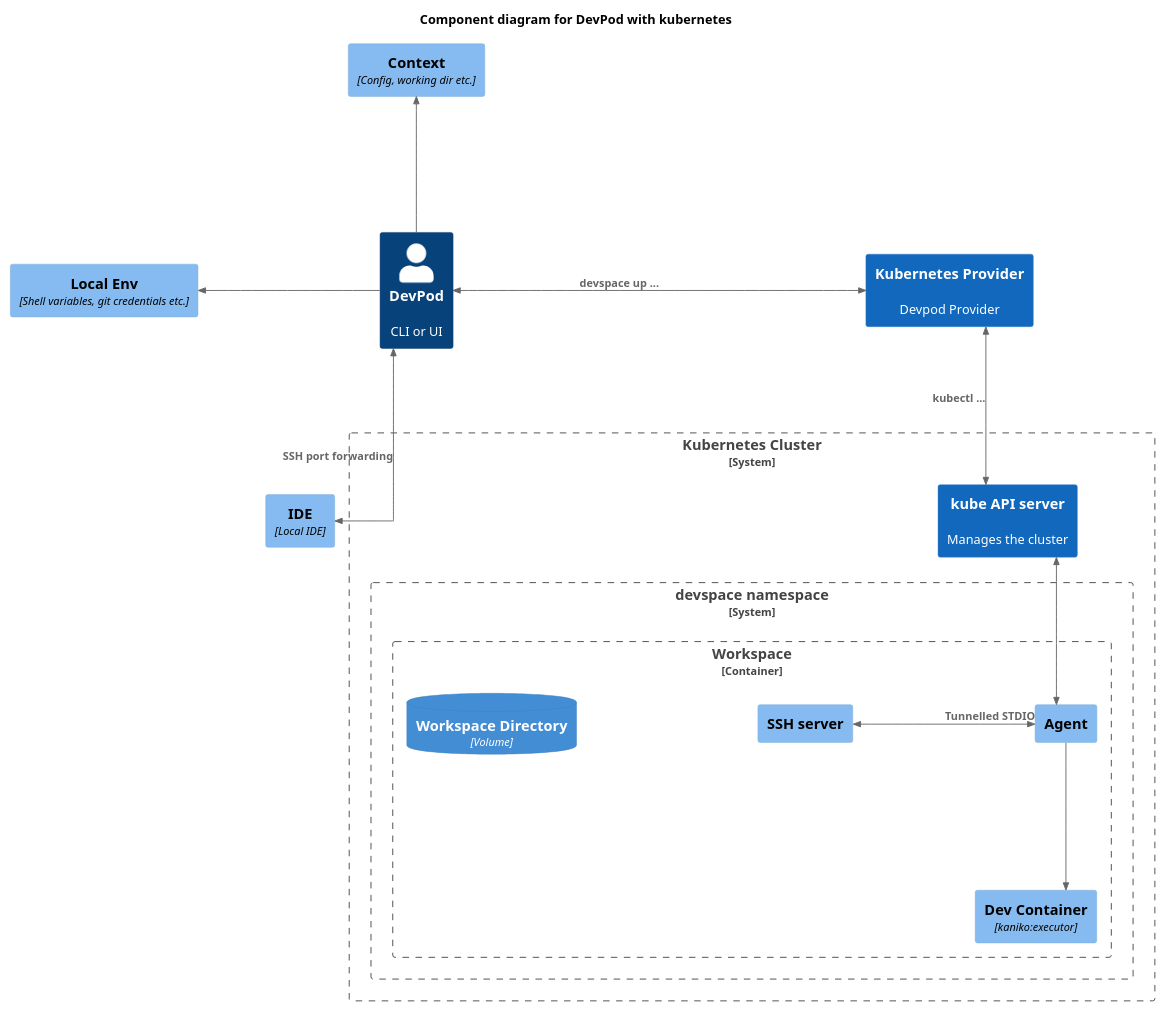
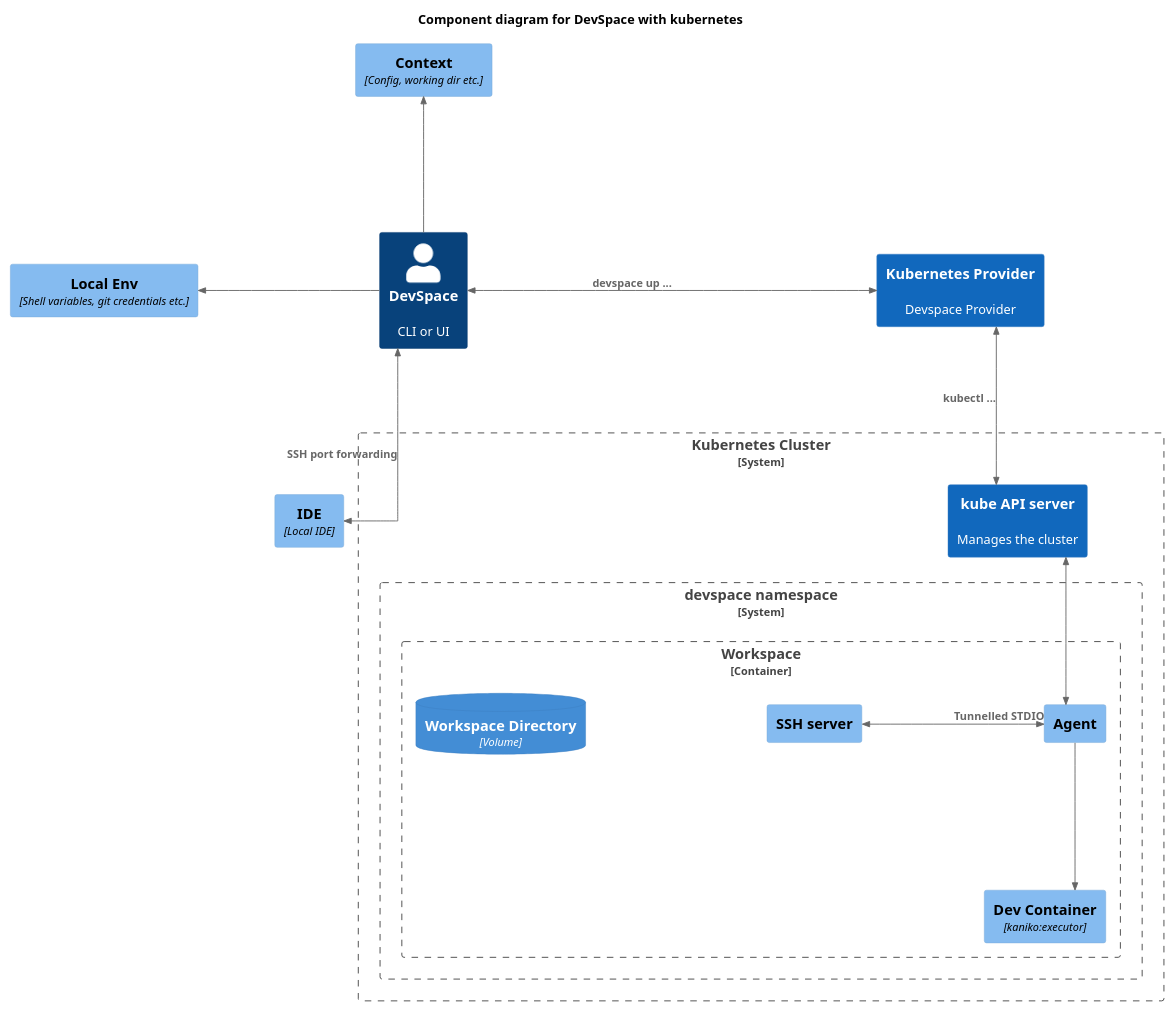
Before and after one commit to forkwork/devspace: the diagram in docs/uml/c4_k8s.puml, drawn with PlantUML. The commit also changed 528 other files, not shown here.

```diff
--- a/docs/uml/c4_k8s.puml
+++ b/docs/uml/c4_k8s.puml
@@ -1,40 +1,40 @@
 @startuml
 !include https://raw.githubusercontent.com/plantuml-stdlib/C4-PlantUML/master/C4_Component.puml
 
 skinparam linetype ortho
 skinparam nodesep 200
 skinparam ranksep 150
 scale 1920x1080
 
 HIDE_STEREOTYPE()
 LAYOUT_TOP_DOWN()
 
-title Component diagram for DevPod with kubernetes
+title Component diagram for DevSpace with kubernetes
 
-Person(user, "DevPod", "CLI or UI")
-System(prov, "Kubernetes Provider", "Devpod Provider")
+Person(user, "DevSpace", "CLI or UI")
+System(prov, "Kubernetes Provider", "Devspace Provider")
 Component(ide, "IDE", "Local IDE")
 Component(ctx, "Context", "Config, working dir etc.")
 Component(env, "Local Env", "Shell variables, git credentials etc.")
 
 System_Boundary(cluster, "Kubernetes Cluster") {
   System(controlPlane, "kube API server", "Manages the cluster")
   System_Boundary(ns, "devspace namespace") {
     Container_Boundary(ws, "Workspace") {
       Component(runner, "Dev Container", "kaniko:executor")
       Component(agent, "Agent", "")
       Component(ssh, "SSH server", "")
       ContainerDb(dir, "Workspace Directory", "Volume", "")
     }
   }
 }
 
 BiRel_Right(user, prov, "devspace up ...")
 BiRel(prov, controlPlane, " kubectl ...")
 BiRel(controlPlane, agent, " ")
 BiRel_Left(agent, ssh, "Tunnelled STDIO")
 Rel(agent, runner, " ")
 BiRel(user, ide, "SSH port forwarding")
 Rel_Up(user, ctx, "")
 Rel_Left(user, env, "")
 @enduml
```
